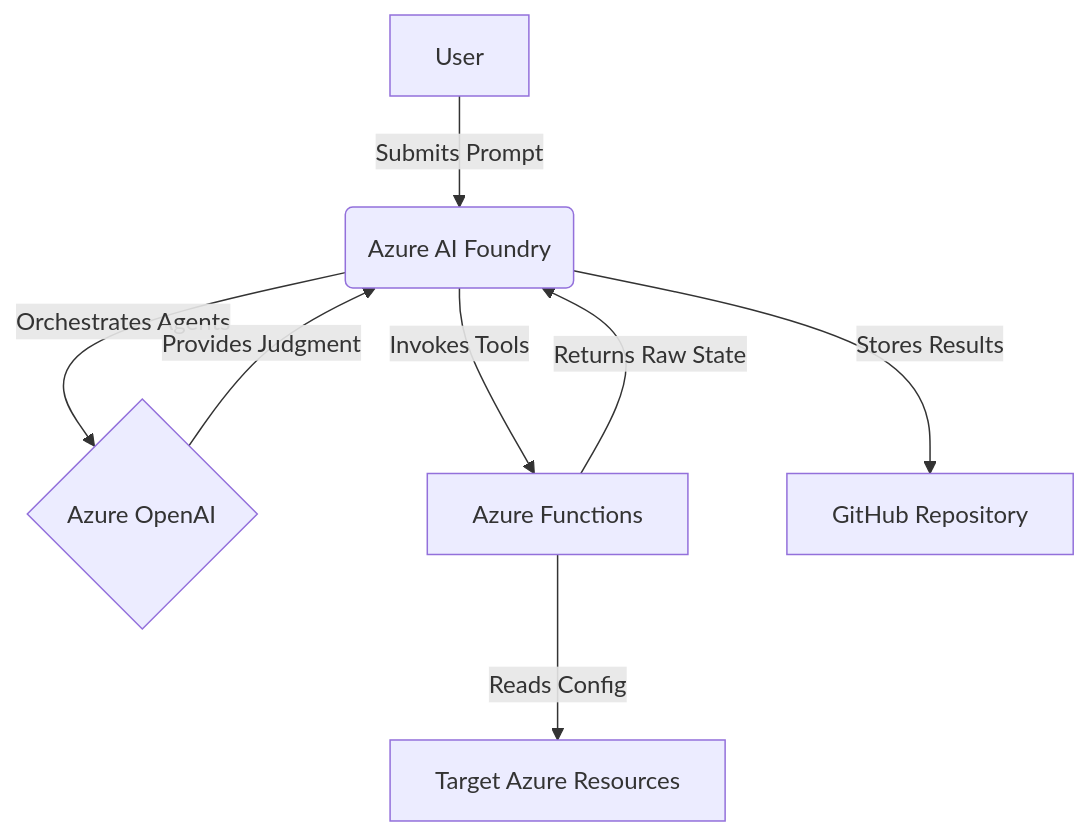
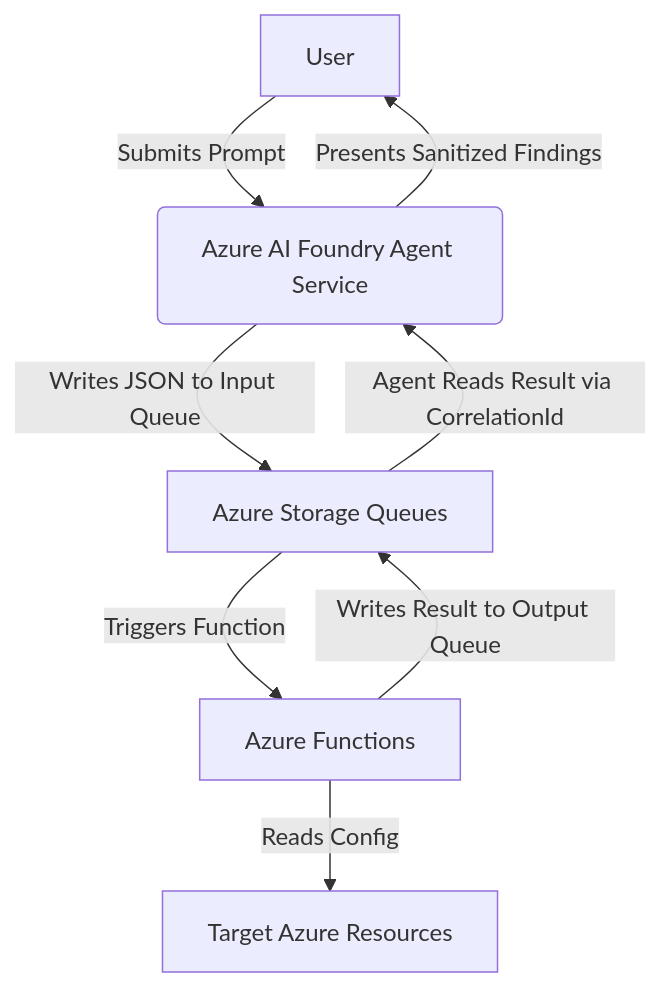
One commit to petershamoon/aiuc1-soc2-compliance-lab changed the diagram in docs/DATA_FLOW_DIAGRAM.md. Above: the diagram before and after it, drawn with Mermaid. The commit also changed other lines of this file and 1 other file, not shown here.

First line of the commit message:
docs: rewrite README as article-style walkthrough and update data flow diagram

````diff
--- a/docs/DATA_FLOW_DIAGRAM.md
+++ b/docs/DATA_FLOW_DIAGRAM.md
@@ -9,10 +9,10 @@
 ```mermaid
 graph TD
-    A[User] -->|Submits Prompt| B(Azure AI Foundry);
-    B -->|Orchestrates Agents| C{Azure OpenAI};
-    C -->|Provides Judgment| B;
-    B -->|Invokes Tools| D[Azure Functions];
-    D -->|Returns Raw State| B;
-    B -->|Stores Results| E[GitHub Repository];
+    A[User] -->|Submits Prompt| B(Azure AI Foundry Agent Service);
+    B -->|Writes JSON to Input Queue| C[Azure Storage Queues];
+    C -->|Triggers Function| D[Azure Functions];
+    D -->|Writes Result to Output Queue| C;
+    C -->|Agent Reads Result via CorrelationId| B;
+    B -->|Presents Sanitized Findings| A;
     D -->|Reads Config| F[Target Azure Resources];
 ```
````
